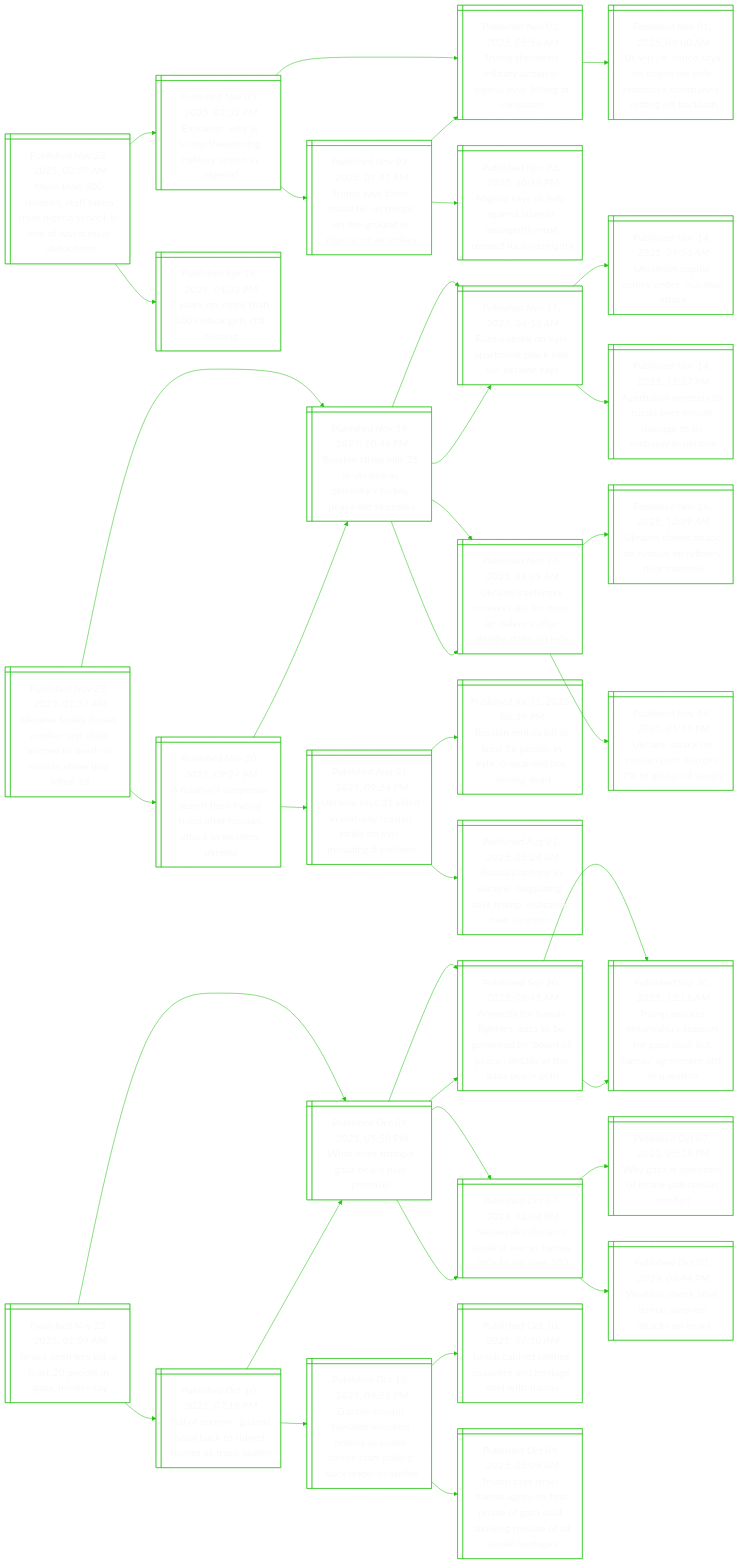
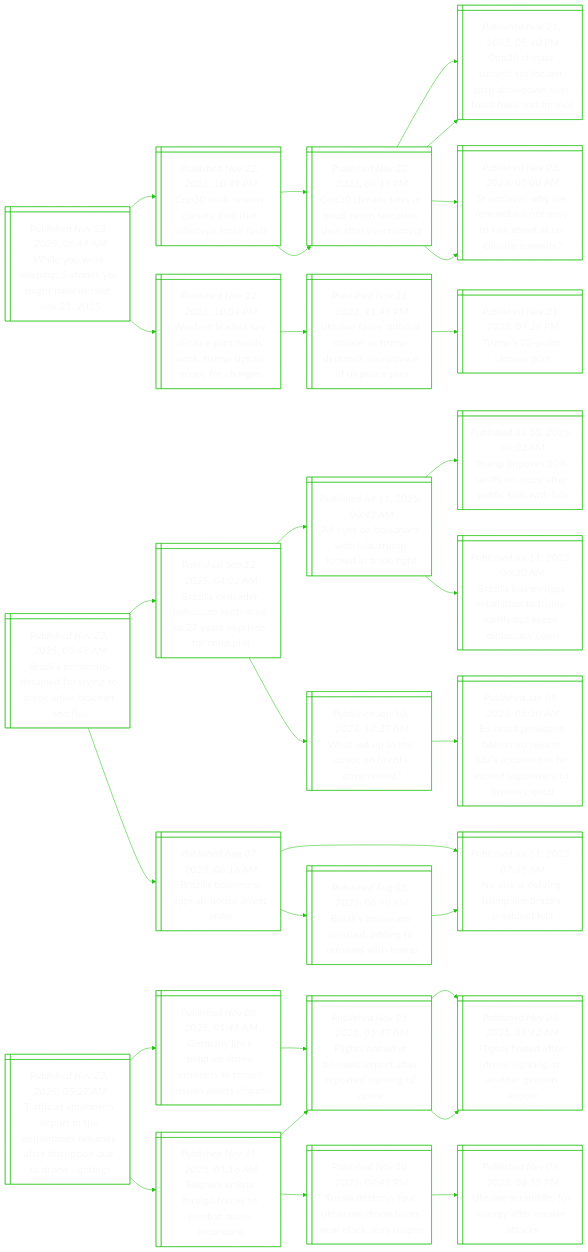
Before and after one commit to notJmes/notJmes: the diagram in README.md, drawn with Mermaid. The commit also changed other lines of this file, not shown here.

````diff
--- a/README.md
+++ b/README.md
@@ -16,121 +16,100 @@
 flowchart LR
 classDef txtsize font-size:20px;
 
-MhinfnNioowmbi@{ shape: win-pane, label: "_Published Nov 23, 2025, 02:09 AM_
-More than 300 children, staff taken from nigeria school, in one of worst mass abductions" }
-Eihrhematnr@{ shape: win-pane, label: "_Published Nov 05, 2025, 01:32 PM_
-Explainer: why is trump threatening military action in nigeria?" }
-TttiriNiriCt@{ shape: win-pane, label: "_Published Nov 02, 2025, 05:56 AM_
-Trump threatens military action in nigeria over ‘killing of christians’" }
-UDehewmeinegas@{ shape: win-pane, label: "_Published Nov 01, 2025, 09:00 AM_
-Us v-p j.d. vance says he hopes his wife embraces christianity, setting off backlash" }
-Tshoeonrierts@{ shape: win-pane, label: "_Published Nov 03, 2025, 07:41 AM_
-Trump says there ‘could be’ us troops on the ground in nigeria, or air strikes" }
-TttiriNiriCt@{ shape: win-pane, label: "_Published Nov 02, 2025, 05:56 AM_
-Trump threatens military action in nigeria over ‘killing of christians’" }
-Nislissuttesrt@{ shape: win-pane, label: "_Published Nov 02, 2025, 10:16 PM_
-Nigeria says us help against islamist insurgents must respect its sovereignty" }
-yoeCksli@{ shape: win-pane, label: "_Published Apr 14, 2021, 04:33 PM_
-7 years on, more than 100 chibok girls still missing" }
+WYresemhiN@{ shape: win-pane, label: "_Published Nov 23, 2025, 06:49 AM_
+While you were sleeping: 5 stories you might have missed, nov 23, 2025" }
+Caeletiesu@{ shape: win-pane, label: "_Published Nov 22, 2025, 10:49 PM_
+Cop30 seals uneasy climate deal that sidesteps fossil fuels" }
+Citizanvlrrn@{ shape: win-pane, label: "_Published Nov 22, 2025, 06:15 PM_
+Cop30 climate talks in brazil reach tentative deal after overrunning" }
+Cistotsoesedn@{ shape: win-pane, label: "_Published Nov 21, 2025, 05:40 PM_
+Cop30 climate summit set for last-gasp showdown over fossil fuels and finance" }
+SlWewsatbtist@{ shape: win-pane, label: "_Published Nov 03, 2025, 05:00 AM_
+St explains: why are renewables not easy to talk about at un climate summits?" }
+Citizanvlrrn@{ shape: win-pane, label: "_Published Nov 22, 2025, 06:15 PM_
+Cop30 climate talks in brazil reach tentative deal after overrunning" }
+Cistotsoesedn@{ shape: win-pane, label: "_Published Nov 21, 2025, 05:40 PM_
+Cop30 climate summit set for last-gasp showdown over fossil fuels and finance" }
+SlWewsatbtist@{ shape: win-pane, label: "_Published Nov 03, 2025, 05:00 AM_
+St explains: why are renewables not easy to talk about at un climate summits?" }
+Wrdaalermncon@{ shape: win-pane, label: "_Published Nov 22, 2025, 10:04 PM_
+Western leaders say ukraine plan needs work, trump signals scope for changes" }
+Uneftcrespepp@{ shape: win-pane, label: "_Published Nov 21, 2025, 11:49 PM_
+Ukraine faces ‘difficult choice’ as trump demands acceptance of us peace plan" }
+Tstia@{ shape: win-pane, label: "_Published Nov 21, 2025, 04:26 PM_
+Trump’s 28-point ukraine plan" }
 
-MhinfnNioowmbi:::txtsize --> Eihrhematnr:::txtsize
-Eihrhematnr:::txtsize --> TttiriNiriCt:::txtsize
-TttiriNiriCt:::txtsize --> UDehewmeinegas:::txtsize
-Eihrhematnr:::txtsize --> Tshoeonrierts:::txtsize
-Tshoeonrierts:::txtsize --> TttiriNiriCt:::txtsize
-Tshoeonrierts:::txtsize --> Nislissuttesrt:::txtsize
-MhinfnNioowmbi:::txtsize --> yoeCksli:::txtsize
+WYresemhiN:::txtsize --> Caeletiesu:::txtsize
+Caeletiesu:::txtsize --> Citizanvlrrn:::txtsize
+Citizanvlrrn:::txtsize --> Cistotsoesedn:::txtsize
+Citizanvlrrn:::txtsize --> SlWewsatbtist:::txtsize
+Caeletiesu:::txtsize --> Citizanvlrrn:::txtsize
+Citizanvlrrn:::txtsize --> Cistotsoesedn:::txtsize
+Citizanvlrrn:::txtsize --> SlWewsatbtist:::txtsize
+WYresemhiN:::txtsize --> Wrdaalermncon:::txtsize
+Wrdaalermncon:::txtsize --> Uneftcrespepp:::txtsize
+Uneftcrespepp:::txtsize --> Tstia:::txtsize
 
-Uniroairohssekd@{ shape: win-pane, label: "_Published Nov 23, 2025, 01:57 AM_
-Ukraine family buries mother and child ‘burned to death’ in russian strike that killed 33" }
-RailUnekreim@{ shape: win-pane, label: "_Published Nov 19, 2025, 10:46 PM_
-Russian strike kills 25 in ukraine as zelensky’s turkey peace bid stumbles" }
-RakyanclUns@{ shape: win-pane, label: "_Published Nov 15, 2025, 04:56 AM_
-Russia strike on kyiv apartment block kills six, ukraine says" }
-Unalsrit@{ shape: win-pane, label: "_Published Nov 14, 2025, 09:56 AM_
-Ukrainian capital comes under ‘massive’ attack" }
-AapsRamlaibia@{ shape: win-pane, label: "_Published Nov 14, 2025, 11:27 PM_
-Azerbaijan protests to russia over missile damage to its embassy in ukraine" }
-Unlywlmiefesei@{ shape: win-pane, label: "_Published Nov 16, 2025, 04:39 AM_
-Ukraine’s zelensky renews calls for more air defence after deadly strike on kyiv" }
-Unitnilnes@{ shape: win-pane, label: "_Published Nov 16, 2025, 12:29 AM_
-Ukraine claims attack on russian oil refinery near moscow" }
-UnaRatufasy@{ shape: win-pane, label: "_Published Nov 14, 2025, 05:55 PM_
-Ukraine attack on russian port disrupts 2% of global oil supply" }
-Atdretahfunceni@{ shape: win-pane, label: "_Published Nov 20, 2025, 09:24 PM_
-A relative’s desperate search then fading hope after russian attack in western ukraine" }
-RailUnekreim@{ shape: win-pane, label: "_Published Nov 19, 2025, 10:46 PM_
-Russian strike kills 25 in ukraine as zelensky’s turkey peace bid stumbles" }
-RakyanclUns@{ shape: win-pane, label: "_Published Nov 15, 2025, 04:56 AM_
-Russia strike on kyiv apartment block kills six, ukraine says" }
-Unlywlmiefesei@{ shape: win-pane, label: "_Published Nov 16, 2025, 04:39 AM_
-Ukraine’s zelensky renews calls for more air defence after deadly strike on kyiv" }
-Unsenyirnidhe@{ shape: win-pane, label: "_Published Aug 01, 2025, 09:24 PM_
-Ukraine says 31 killed in end-july russian strike on kyiv, including 5 children" }
-Raiilpeirond@{ shape: win-pane, label: "_Published Jul 31, 2025, 08:39 PM_
-Russian strikes kill at least 16 people in kyiv; 6-year-old boy among dead" }
-Rainisiyminsi@{ shape: win-pane, label: "_Published Aug 01, 2025, 05:24 AM_
-Russia’s actions in ukraine ‘disgusting’, says trump, indicating new sanctions" }
+Blsoioibabld@{ shape: win-pane, label: "_Published Nov 23, 2025, 05:48 AM_
+Brazil’s bolsonaro detained for trying to break ankle bracelet and flee" }
+BleBnecyisrp@{ shape: win-pane, label: "_Published Sep 12, 2025, 04:02 AM_
+Brazil’s ex-leader bolsonaro sentenced to 27 years in prison for coup plot" }
+Aeoataperi@{ shape: win-pane, label: "_Published Jul 11, 2025, 06:43 AM_
+All eyes on bolsonaro with lula, trump locked in trade fight" }
+Tieinielah@{ shape: win-pane, label: "_Published Jul 10, 2025, 06:02 AM_
+Trump imposes 50% tariffs on brazil after public spat with lula" }
+Blagttopftsoo@{ shape: win-pane, label: "_Published Jul 11, 2025, 06:30 AM_
+Brazil’s lula pledges retaliation to trump tariffs but keeps diplomacy open" }
+Weotozom@{ shape: win-pane, label: "_Published Jan 10, 2023, 10:27 AM_
+What led up to the attack on brazil’s government?" }
+Ezensoclcietpeiet@{ shape: win-pane, label: "_Published Jan 09, 2023, 05:30 AM_
+Ex-brazil president bolsonaro rejects lula’s accusations he incited supporters to invade capital" }
+Blsoaurr@{ shape: win-pane, label: "_Published Aug 07, 2025, 08:16 AM_
+Brazil's bolsonaro appeals house arrest order" }
+Blsosdtswr@{ shape: win-pane, label: "_Published Aug 05, 2025, 06:40 AM_
+Brazil’s bolsonaro arrested, adding to tensions with trump" }
+NiyriaPdu@{ shape: win-pane, label: "_Published Jul 31, 2025, 07:35 AM_
+No one is defying trump like brazil’s president lula" }
+NiyriaPdu@{ shape: win-pane, label: "_Published Jul 31, 2025, 07:35 AM_
+No one is defying trump like brazil’s president lula" }
 
-Uniroairohssekd:::txtsize --> RailUnekreim:::txtsize
-RailUnekreim:::txtsize --> RakyanclUns:::txtsize
-RakyanclUns:::txtsize --> Unalsrit:::txtsize
-RakyanclUns:::txtsize --> AapsRamlaibia:::txtsize
-RailUnekreim:::txtsize --> Unlywlmiefesei:::txtsize
-Unlywlmiefesei:::txtsize --> Unitnilnes:::txtsize
-Unlywlmiefesei:::txtsize --> UnaRatufasy:::txtsize
-Uniroairohssekd:::txtsize --> Atdretahfunceni:::txtsize
-Atdretahfunceni:::txtsize --> RailUnekreim:::txtsize
-RailUnekreim:::txtsize --> RakyanclUns:::txtsize
-RailUnekreim:::txtsize --> Unlywlmiefesei:::txtsize
-Atdretahfunceni:::txtsize --> Unsenyirnidhe:::txtsize
-Unsenyirnidhe:::txtsize --> Raiilpeirond:::txtsize
-Unsenyirnidhe:::txtsize --> Rainisiyminsi:::txtsize
+Blsoioibabld:::txtsize --> BleBnecyisrp:::txtsize
+BleBnecyisrp:::txtsize --> Aeoataperi:::txtsize
+Aeoataperi:::txtsize --> Tieinielah:::txtsize
+Aeoataperi:::txtsize --> Blagttopftsoo:::txtsize
+BleBnecyisrp:::txtsize --> Weotozom:::txtsize
+Weotozom:::txtsize --> Ezensoclcietpeiet:::txtsize
+Blsoioibabld:::txtsize --> Blsoaurr:::txtsize
+Blsoaurr:::txtsize --> Blsosdtswr:::txtsize
+Blsosdtswr:::txtsize --> NiyriaPdu:::txtsize
+Blsoaurr:::txtsize --> NiyriaPdu:::txtsize
 
-Ilselaonms@{ shape: win-pane, label: "_Published Nov 23, 2025, 01:09 AM_
-Israeli airstrikes kill at least 20 people in gaza, medics say" }
-Wouaaam@{ shape: win-pane, label: "_Published Oct 09, 2025, 05:50 PM_
-What does trump’s gaza peace plan promise?" }
-AtHfezerydatoGel@{ shape: win-pane, label: "_Published Sep 30, 2025, 06:45 AM_
-Amnesty for hamas fighters, gaza to be governed by ‘board of peace’: details of the gaza peace plan" }
-Tseaupoabmrnluo@{ shape: win-pane, label: "_Published Sep 30, 2025, 12:11 AM_
-Trump secures netanyahu’s support for gaza deal, but hamas’ agreement still in question" }
-Tseaupoabmrnluo@{ shape: win-pane, label: "_Published Sep 30, 2025, 12:11 AM_
-Trump secures netanyahu’s support for gaza deal, but hamas’ agreement still in question" }
-NyeeawHakl@{ shape: win-pane, label: "_Published Oct 07, 2023, 12:04 PM_
-Netanyahu declares israel at war as hamas attacks kill over 100" }
-WzptIleint@{ shape: win-pane, label: "_Published Oct 07, 2023, 05:15 PM_
-Why gaza is epicentre of israeli-palestinian conflict" }
-Wiceapaks@{ shape: win-pane, label: "_Published Oct 07, 2023, 06:44 PM_
-World in shock after hamas surprise attacks on israel" }
-Ffoaakiosen@{ shape: win-pane, label: "_Published Oct 10, 2025, 07:18 PM_
-‘full of sorrow’: gazans head back to ruined homes as truce begins" }
-Gsaardsrfsticese@{ shape: win-pane, label: "_Published Oct 10, 2025, 04:58 PM_
-Gazans stream towards wrecked homes as israeli forces start pulling back under ceasefire" }
-Iliaeseoewa@{ shape: win-pane, label: "_Published Oct 10, 2025, 07:10 AM_
-Israeli cabinet ratifies ceasefire and hostage deal with hamas" }
-TssHaossaaorslaoe@{ shape: win-pane, label: "_Published Oct 09, 2025, 05:09 AM_
-Trump says israel, hamas agree on first phase of gaza deal, allowing release of all israeli hostages" }
-Wouaaam@{ shape: win-pane, label: "_Published Oct 09, 2025, 05:50 PM_
-What does trump’s gaza peace plan promise?" }
-AtHfezerydatoGel@{ shape: win-pane, label: "_Published Sep 30, 2025, 06:45 AM_
-Amnesty for hamas fighters, gaza to be governed by ‘board of peace’: details of the gaza peace plan" }
-NyeeawHakl@{ shape: win-pane, label: "_Published Oct 07, 2023, 12:04 PM_
-Netanyahu declares israel at war as hamas attacks kill over 100" }
+TiivriNrsmtsieogg@{ shape: win-pane, label: "_Published Nov 23, 2025, 05:27 AM_
+Traffic at eindhoven airport in the netherlands resumes after disruption due to drone sightings" }
+Buioneodis@{ shape: win-pane, label: "_Published Nov 11, 2025, 01:16 AM_
+Belgium enlists foreign forces to combat drone incursions" }
+FttBerartggo@{ shape: win-pane, label: "_Published Nov 05, 2025, 05:47 AM_
+Flights halted at brussels airport after reported sighting of drone" }
+FtttoggoGno@{ shape: win-pane, label: "_Published Nov 03, 2025, 08:42 AM_
+Flights halted after drone sighting at another german airport" }
+RarorantrkTe@{ shape: win-pane, label: "_Published Nov 10, 2025, 04:45 PM_
+Russia destroys four ukrainian drone boats near black sea’s tuapse" }
+UnasnaRaa@{ shape: win-pane, label: "_Published Nov 09, 2025, 08:55 PM_
+Ukraine scrambles for energy after russian attacks" }
+Gnkgrnnfnisie@{ shape: win-pane, label: "_Published Nov 08, 2025, 01:41 AM_
+Germany links belgium drone incidents to frozen russian assets dispute" }
+FttBerartggo@{ shape: win-pane, label: "_Published Nov 05, 2025, 05:47 AM_
+Flights halted at brussels airport after reported sighting of drone" }
+FtttoggoGno@{ shape: win-pane, label: "_Published Nov 03, 2025, 08:42 AM_
+Flights halted after drone sighting at another german airport" }
 
-Ilselaonms:::txtsize --> Wouaaam:::txtsize
-Wouaaam:::txtsize --> AtHfezerydatoGel:::txtsize
-AtHfezerydatoGel:::txtsize --> Tseaupoabmrnluo:::txtsize
-AtHfezerydatoGel:::txtsize --> Tseaupoabmrnluo:::txtsize
-Wouaaam:::txtsize --> NyeeawHakl:::txtsize
-NyeeawHakl:::txtsize --> WzptIleint:::txtsize
-NyeeawHakl:::txtsize --> Wiceapaks:::txtsize
-Ilselaonms:::txtsize --> Ffoaakiosen:::txtsize
-Ffoaakiosen:::txtsize --> Gsaardsrfsticese:::txtsize
-Gsaardsrfsticese:::txtsize --> Iliaeseoewa:::txtsize
-Gsaardsrfsticese:::txtsize --> TssHaossaaorslaoe:::txtsize
-Ffoaakiosen:::txtsize --> Wouaaam:::txtsize
-Wouaaam:::txtsize --> AtHfezerydatoGel:::txtsize
-Wouaaam:::txtsize --> NyeeawHakl:::txtsize
+TiivriNrsmtsieogg:::txtsize --> Buioneodis:::txtsize
+Buioneodis:::txtsize --> FttBerartggo:::txtsize
+FttBerartggo:::txtsize --> FtttoggoGno:::txtsize
+Buioneodis:::txtsize --> RarorantrkTe:::txtsize
+RarorantrkTe:::txtsize --> UnasnaRaa:::txtsize
+TiivriNrsmtsieogg:::txtsize --> Gnkgrnnfnisie:::txtsize
+Gnkgrnnfnisie:::txtsize --> FttBerartggo:::txtsize
+FttBerartggo:::txtsize --> FtttoggoGno:::txtsize
 
 ```
````
